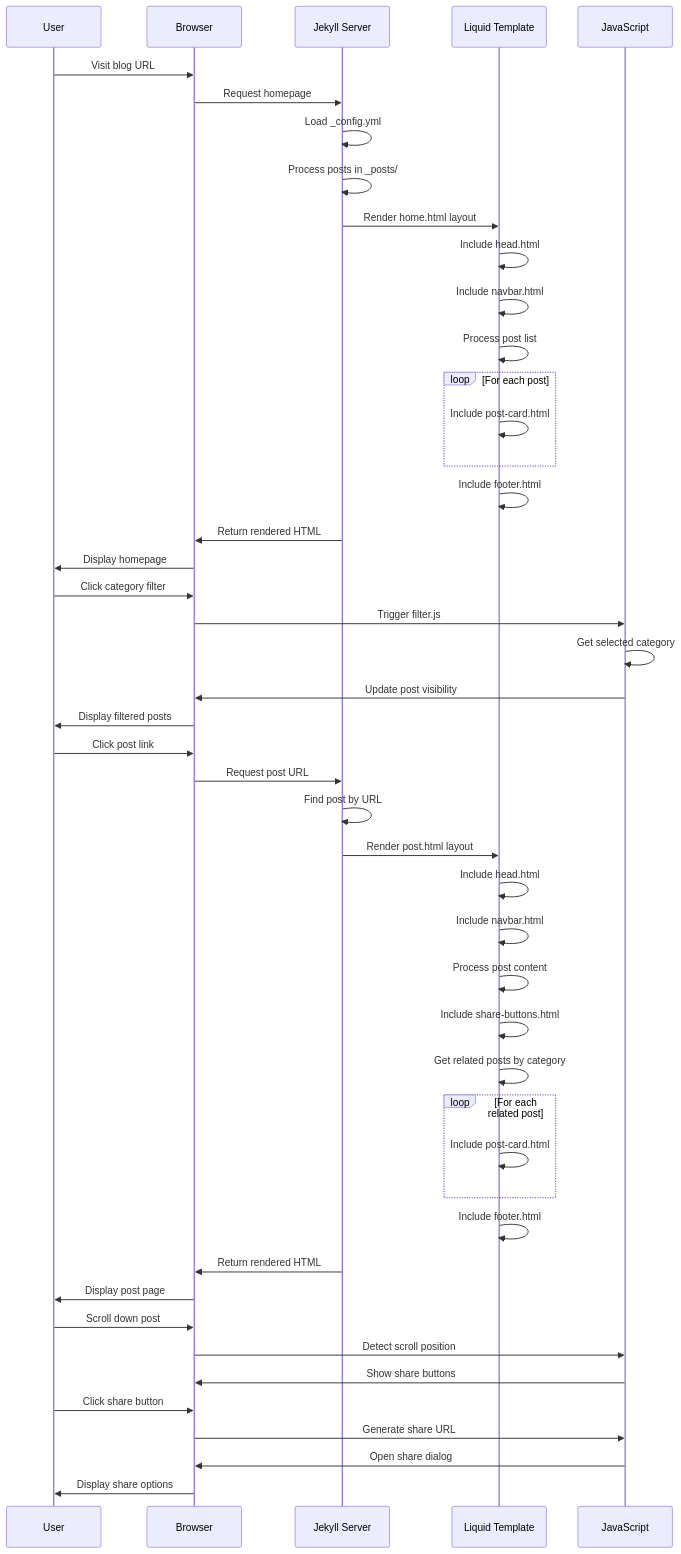
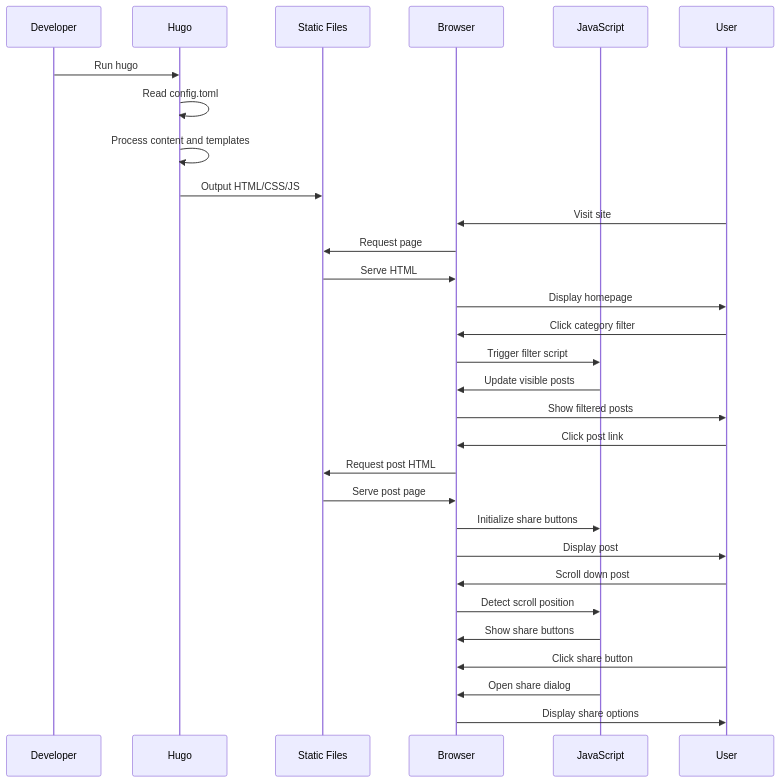
The diagram in MyResearchNotes_sequence_diagram.mermaid (13ryanC/13ryanC.github.io), drawn with Mermaid before and after one commit. The commit also changed 2 other files, not shown here.

Commit message:
Update docs for Hugo architecture

```diff
--- a/MyResearchNotes_sequence_diagram.mermaid
+++ b/MyResearchNotes_sequence_diagram.mermaid
@@ -1,55 +1,40 @@
 sequenceDiagram
+    participant Dev as Developer
+    participant H as Hugo
+    participant Files as Static Files
+    participant B as Browser
+    participant JS as JavaScript
     participant U as User
-    participant B as Browser
-    participant J as Jekyll Server
-    participant L as Liquid Template
-    participant JS as JavaScript
-    
-    %% Initial Page Load
-    U->>B: Visit blog URL
-    B->>J: Request homepage
-    J->>J: Load _config.yml
-    J->>J: Process posts in _posts/
-    J->>L: Render home.html layout
-    L->>L: Include head.html
-    L->>L: Include navbar.html
-    L->>L: Process post list
-    loop For each post
-        L->>L: Include post-card.html
-    end
-    L->>L: Include footer.html
-    J->>B: Return rendered HTML
+
+    %% Site Generation
+    Dev->>H: Run hugo
+    H->>H: Read config.toml
+    H->>H: Process content and templates
+    H->>Files: Output HTML/CSS/JS
+
+    %% User Browsing
+    U->>B: Visit site
+    B->>Files: Request page
+    Files->>B: Serve HTML
     B->>U: Display homepage
-    
+
     %% Category Filtering
     U->>B: Click category filter
-    B->>JS: Trigger filter.js
-    JS->>JS: Get selected category
-    JS->>B: Update post visibility
-    B->>U: Display filtered posts
-    
+    B->>JS: Trigger filter script
+    JS->>B: Update visible posts
+    B->>U: Show filtered posts
+
     %% View Single Post
     U->>B: Click post link
-    B->>J: Request post URL
-    J->>J: Find post by URL
-    J->>L: Render post.html layout
-    L->>L: Include head.html
-    L->>L: Include navbar.html
-    L->>L: Process post content
-    L->>L: Include share-buttons.html
-    L->>L: Get related posts by category
-    loop For each related post
-        L->>L: Include post-card.html
-    end
-    L->>L: Include footer.html
-    J->>B: Return rendered HTML
-    B->>U: Display post page
-    
+    B->>Files: Request post HTML
+    Files->>B: Serve post page
+    B->>JS: Initialize share buttons
+    B->>U: Display post
+
     %% Share Functionality
     U->>B: Scroll down post
     B->>JS: Detect scroll position
     JS->>B: Show share buttons
     U->>B: Click share button
-    B->>JS: Generate share URL
     JS->>B: Open share dialog
     B->>U: Display share options
```
